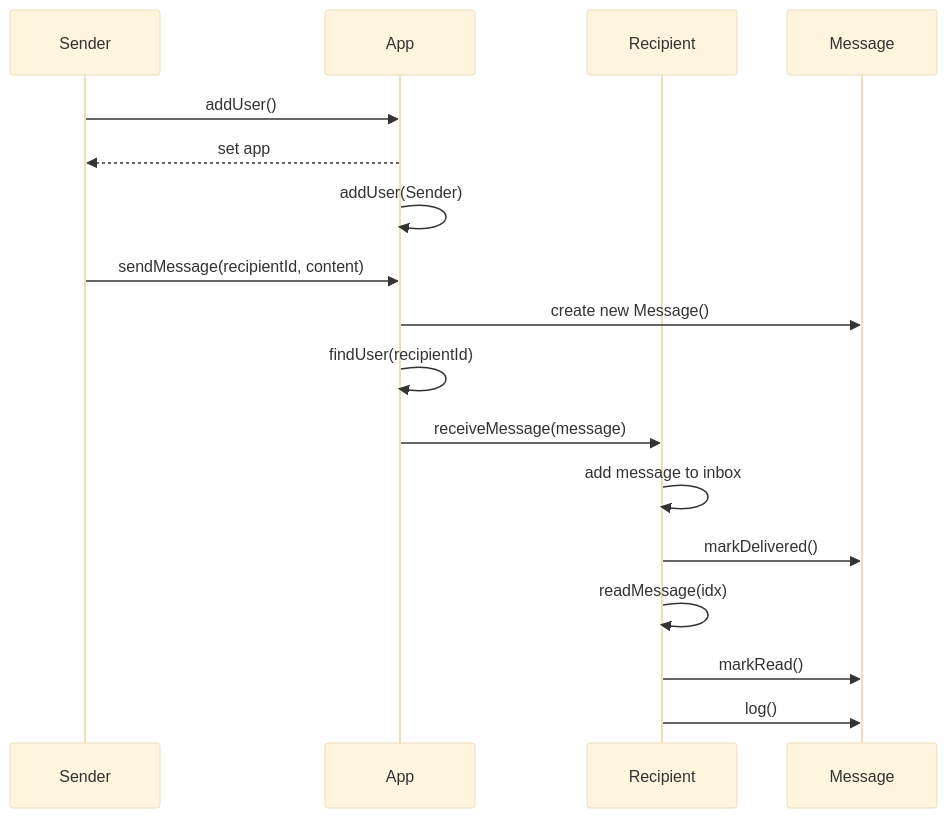
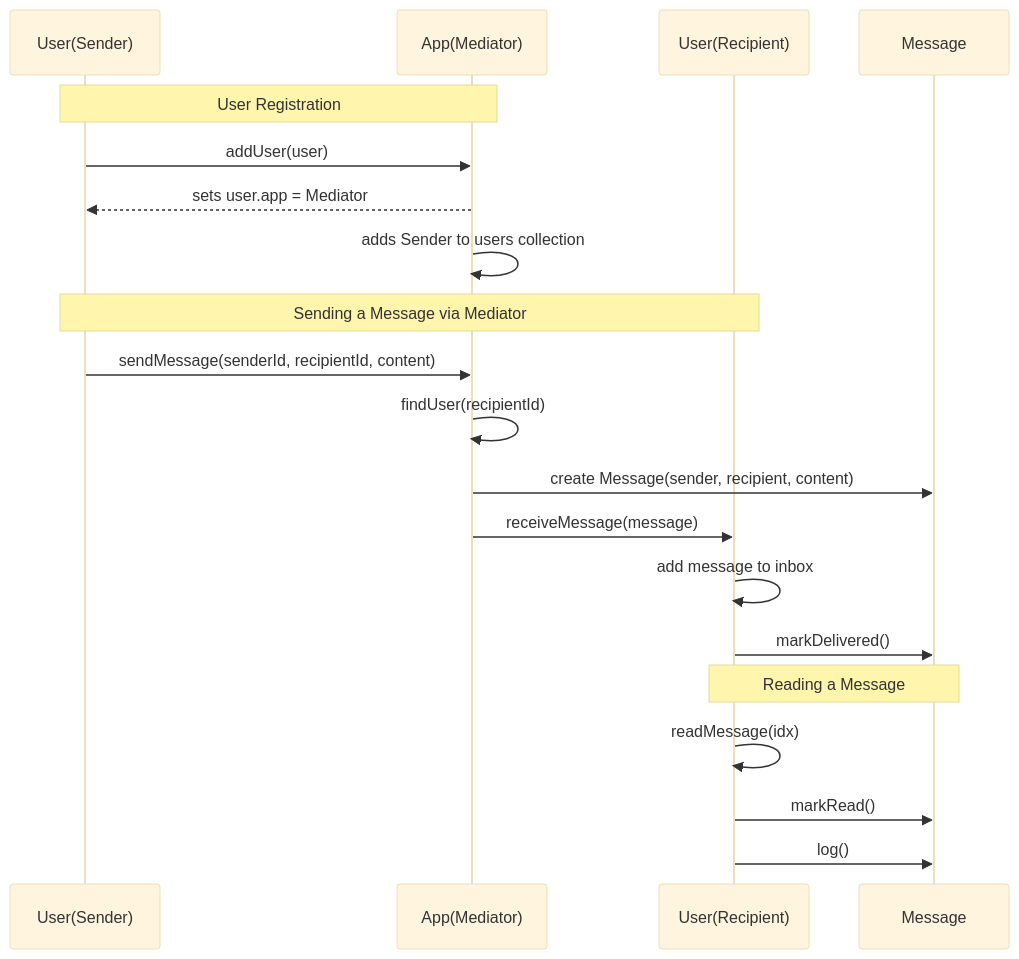
Before and after one commit to corndel-swe/bee-mail: the sixth of 6 diagrams in TODO.md, drawn with Mermaid (base theme). The commit also changed other lines of this file, not shown here.

Commit message:
Updated & Labelled Sequence Diagram from Am25 fb

````diff
--- a/TODO.md
+++ b/TODO.md
@@ -134,23 +134,25 @@
 ```mermaid
 sequenceDiagram
-    participant Sender
-    participant App
-    participant Recipient
+    participant Sender as User(Sender)
+    participant Mediator as App(Mediator)
+    participant Recipient as User(Recipient)
     participant Message
 
-    Sender ->> App: addUser()
-    App -->> Sender: set app
-    App ->> App: addUser(Sender)
+    Note over Sender,Mediator: User Registration
+    Sender ->> Mediator: addUser(user)
+    Mediator -->> Sender: sets user.app = Mediator
+    Mediator ->> Mediator: adds Sender to users collection
 
-    Sender ->> App: sendMessage(recipientId, content)
-    App ->> Message: create new Message()
-    App ->> App: findUser(recipientId)
-    App ->> Recipient: receiveMessage(message)
-
+    Note over Sender,Recipient: Sending a Message via Mediator
+    Sender ->> Mediator: sendMessage(senderId, recipientId, content)
+    Mediator ->> Mediator: findUser(recipientId)
+    Mediator ->> Message: create Message(sender, recipient, content)
+    Mediator ->> Recipient: receiveMessage(message)
     Recipient ->> Recipient: add message to inbox
     Recipient ->> Message: markDelivered()
 
+    Note over Recipient,Message: Reading a Message
     Recipient ->> Recipient: readMessage(idx)
     Recipient ->> Message: markRead()
     Recipient ->> Message: log()
 ```
````
